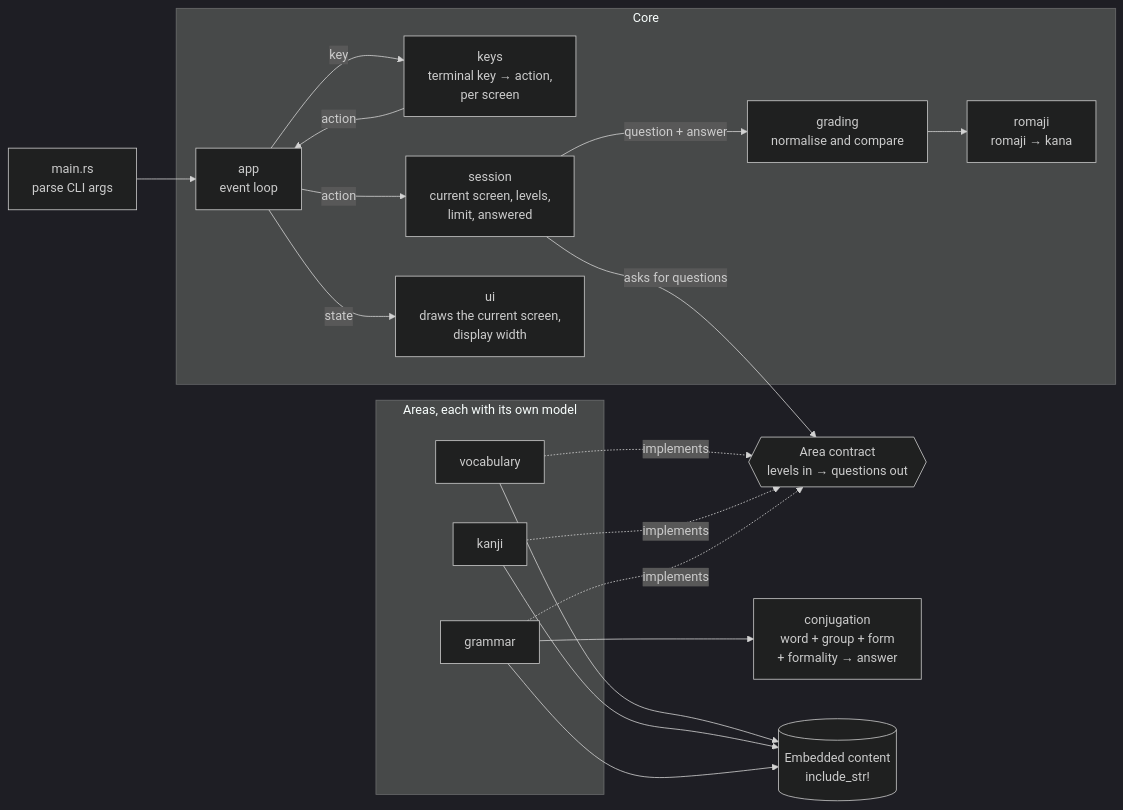
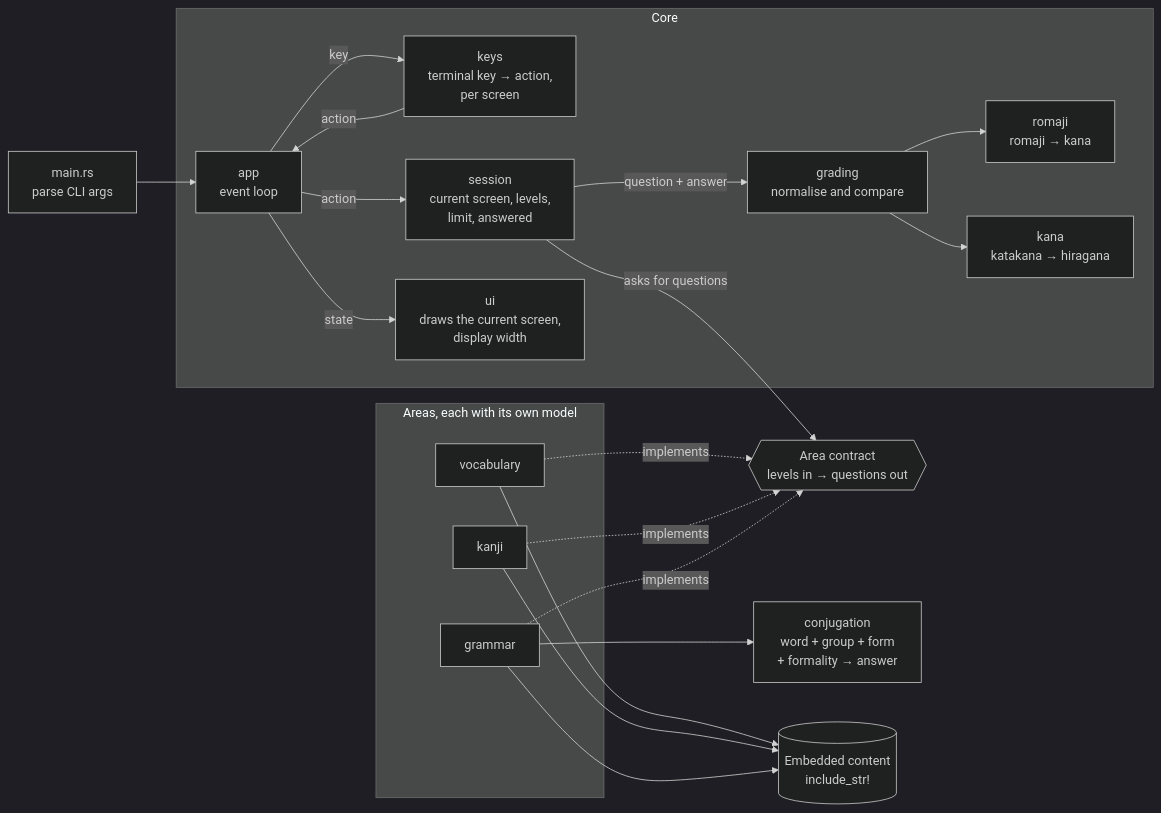
Before and after one commit to PandaCubGames/LearnJapaneseTui: the second of 2 diagrams in docs/architecture.md, drawn with Mermaid (dark theme). The commit also changed other lines of this file and 3 other files, not shown here.

````diff
--- a/docs/architecture.md
+++ b/docs/architecture.md
@@ -337,35 +350,37 @@
 ```mermaid
 flowchart LR
     main[main.rs<br/>parse CLI args] --> app
 
     subgraph core[Core]
         app[app<br/>event loop]
         keys[keys<br/>terminal key → action,<br/>per screen]
         session[session<br/>current screen, levels,<br/>limit, answered]
         ui[ui<br/>draws the current screen,<br/>display width]
         grading[grading<br/>normalise and compare]
         romaji[romaji<br/>romaji → kana]
+        kana[kana<br/>katakana → hiragana]
     end
 
     contract{{Area contract<br/>levels in → questions out}}
 
     subgraph areas[Areas, each with its own model]
         vocab[vocabulary]
         kanji[kanji]
         grammar[grammar]
     end
 
     conj[conjugation<br/>word + group + form<br/>+ formality → answer]
     content[(Embedded content<br/>include_str!)]
 
     app -->|key| keys
     keys -->|action| app
     app -->|action| session
     app -->|state| ui
     session -->|asks for questions| contract
     session -->|question + answer| grading
     grading --> romaji
+    grading --> kana
     vocab & kanji & grammar -.->|implements| contract
     grammar --> conj
     vocab & kanji & grammar --> content
 ```
````
